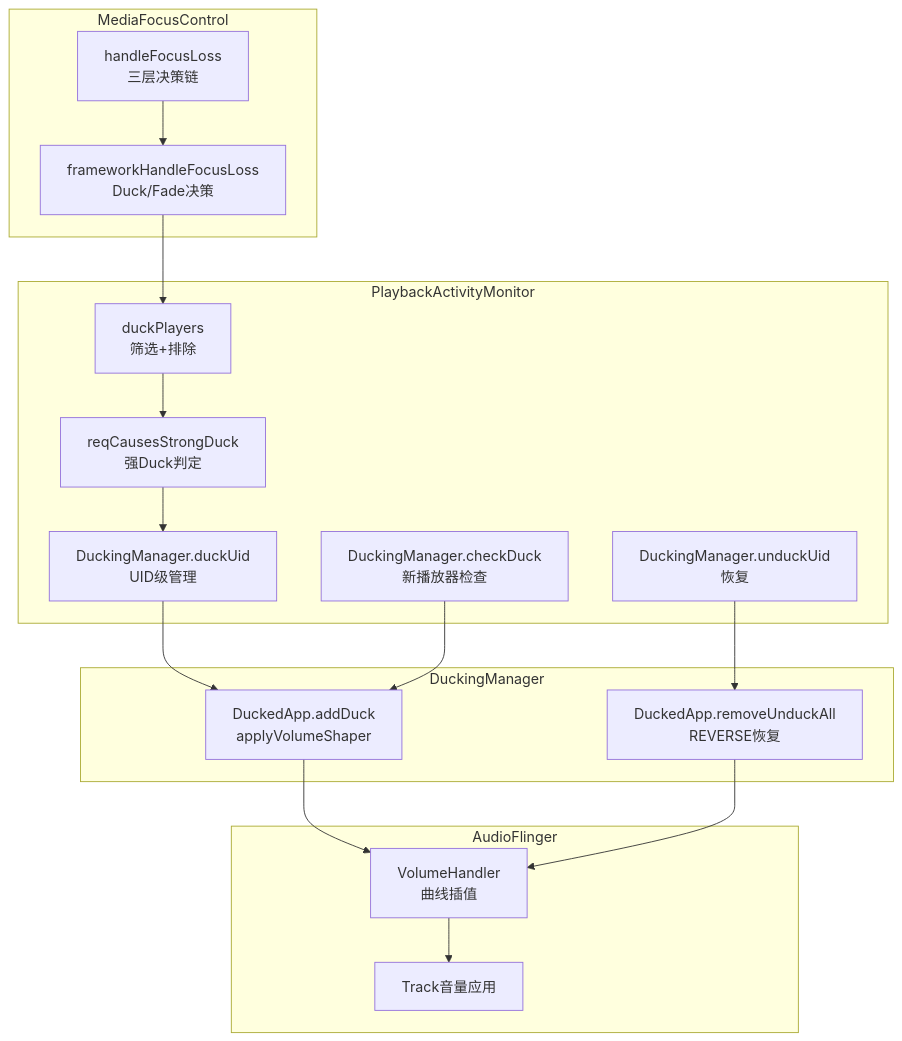
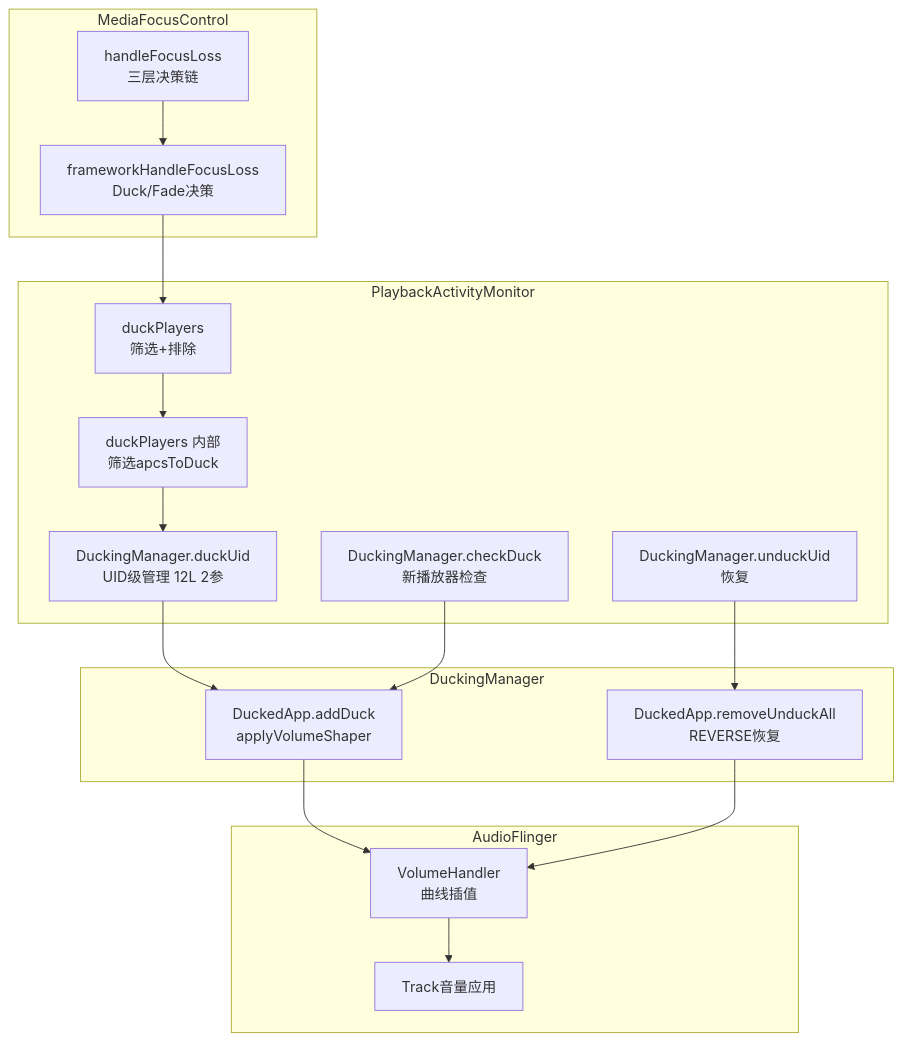
Before and after one commit to yanglinzhen1022/SA8295_AAOS_QNX_Audio_KnowledgeBase: the first of 3 diagrams in 12_Audio_Focus_Deep_Dive/12_12.11_PlaybackActivityMonitor_Duck执行深度.md, drawn with Mermaid. The commit also changed other lines of this file and 14 other files, not shown here.

````diff
--- a/12_Audio_Focus_Deep_Dive/12_12.11_PlaybackActivityMonitor_Duck执行深度.md
+++ b/12_Audio_Focus_Deep_Dive/12_12.11_PlaybackActivityMonitor_Duck执行深度.md
@@ -13,26 +13,26 @@
 ```mermaid
 flowchart TB
     subgraph MFC[MediaFocusControl]
         A[handleFocusLoss<br>三层决策链]
         B[frameworkHandleFocusLoss<br>Duck/Fade决策]
     end
     subgraph PAM[PlaybackActivityMonitor]
         C[duckPlayers<br>筛选+排除]
-        D[reqCausesStrongDuck<br>强Duck判定]
-        E[DuckingManager.duckUid<br>UID级管理]
+        D[duckPlayers 内部<br>筛选apcsToDuck]
+        E[DuckingManager.duckUid<br>UID级管理 12L 2参]
         F[DuckingManager.checkDuck<br>新播放器检查]
         G[DuckingManager.unduckUid<br>恢复]
     end
     subgraph DM[DuckingManager]
         H[DuckedApp.addDuck<br>applyVolumeShaper]
         I[DuckedApp.removeUnduckAll<br>REVERSE恢复]
     end
     subgraph AF[AudioFlinger]
         J[VolumeHandler<br>曲线插值]
         K[Track音量应用]
     end
 
     A --> B --> C --> D --> E --> H --> J --> K
     F --> H
     G --> I --> J
 ```
````
